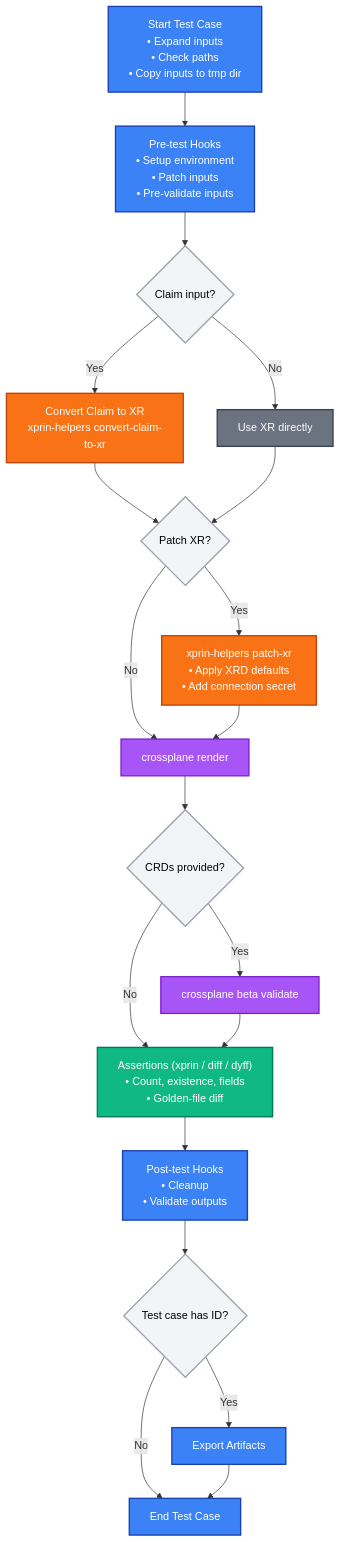
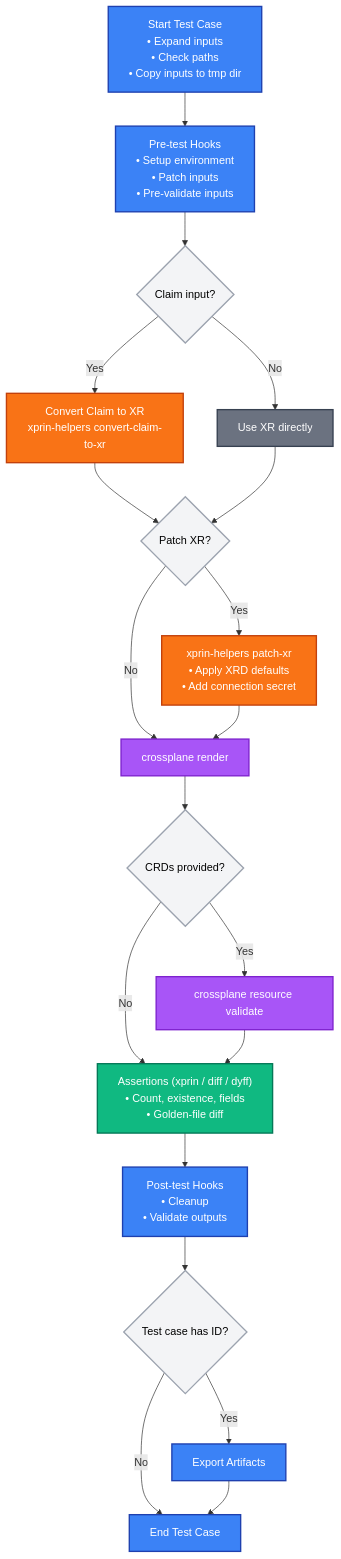
One commit to crossplane-contrib/xprin changed the second of 2 diagrams in docs/how-it-works.md. Above: the diagram before and after it, drawn with Mermaid. The commit also changed other lines of this file and 9 other files, not shown here.

````diff
--- a/docs/how-it-works.md
+++ b/docs/how-it-works.md
@@ -47,36 +47,36 @@
 ```mermaid
 flowchart TD
     A["Start Test Case<br/>• Expand inputs<br/>• Check paths<br/>• Copy inputs to tmp dir"] --> B["Pre-test Hooks<br/>• Setup environment<br/>• Patch inputs<br/>• Pre-validate inputs"]
     B --> C{"Claim input?"}
     C -->|Yes| D["Convert Claim to XR<br/>xprin-helpers convert-claim-to-xr"]
     C -->|No| E["Use XR directly"]
     D --> F{"Patch XR?"}
     E --> F
     F -->|Yes| G["xprin-helpers patch-xr<br/>• Apply XRD defaults<br/>• Add connection secret"]
     F -->|No| I["crossplane render"]
     G --> I
     I --> J{"CRDs provided?"}
-    J -->|Yes| K["crossplane beta validate"]
+    J -->|Yes| K["crossplane resource validate"]
     J -->|No| L["Assertions (xprin / diff / dyff)<br/>• Count, existence, fields<br/>• Golden-file diff"]
     K --> L
     L --> M["Post-test Hooks<br/>• Cleanup<br/>• Validate outputs"]
     M --> N{"Test case has ID?"}
     N -->|Yes| O["Export Artifacts"]
     N -->|No| P["End Test Case"]
     O --> P
 
     %% Color scheme: Group related operations with white text for readability
     classDef xprin fill:#3b82f6,stroke:#1e40af,stroke-width:2px,color:#fff
     classDef xprinHelpers fill:#f97316,stroke:#c2410c,stroke-width:2px,color:#fff
     classDef crossplane fill:#a855f7,stroke:#7e22ce,stroke-width:2px,color:#fff
     classDef validation fill:#10b981,stroke:#047857,stroke-width:2px,color:#fff
     classDef neutral fill:#6b7280,stroke:#374151,stroke-width:2px,color:#fff
     classDef decision fill:#f3f4f6,stroke:#9ca3af,stroke-width:2px,color:#000
 
     class A,B,M,O,P xprin
     class D,G xprinHelpers
     class I,K crossplane
     class L validation
     class E neutral
     class C,F,J,N decision
 ```
````
